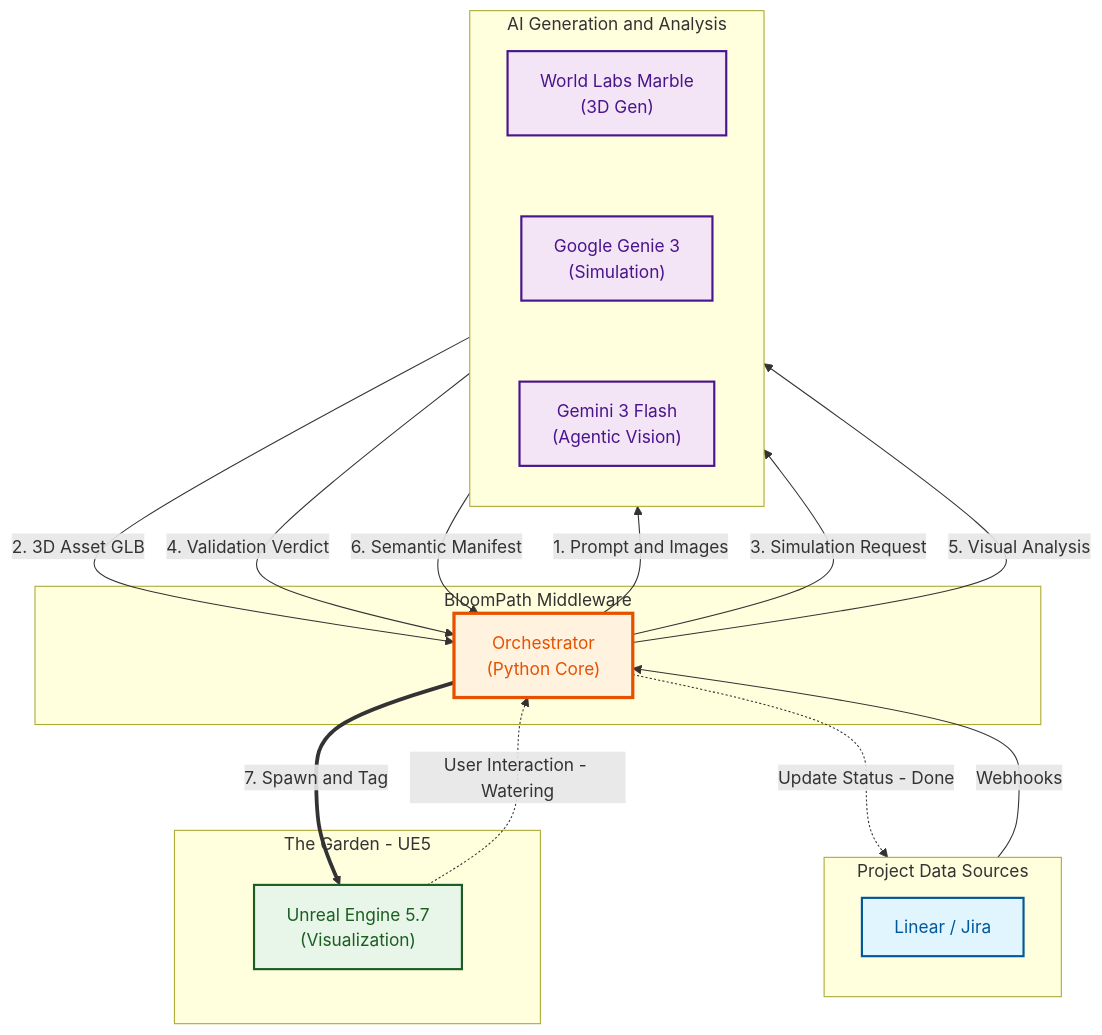
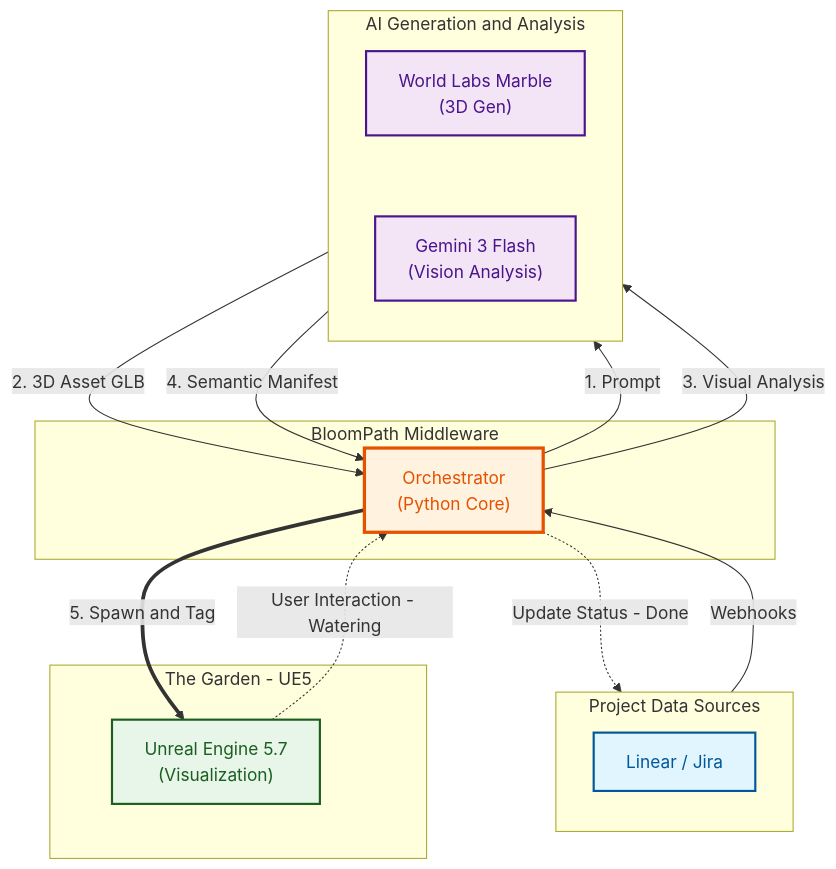
Before and after one commit to petripaananen/BloomPath: the diagram in README.md, drawn with Mermaid. The commit also changed other lines of this file and 18 other files, not shown here.

Commit message:
Refactor: Remove Genie simulation layer, streamline PWM pipeline, and clean up dead code

````diff
--- a/README.md
+++ b/README.md
@@ -8,48 +8,45 @@
 ```mermaid
 flowchart TD
     %% Define Styles
     classDef source fill:#e1f5fe,stroke:#01579b,stroke-width:2px,color:#01579b
     classDef middleware fill:#fff3e0,stroke:#e65100,stroke-width:3px,color:#e65100
     classDef ai fill:#f3e5f5,stroke:#4a148c,stroke-width:2px,color:#4a148c
     classDef viz fill:#e8f5e9,stroke:#1b5e20,stroke-width:2px,color:#1b5e20
 
     subgraph DataSources [Project Data Sources]
         direction TB
         ProjectData["Linear / Jira"]:::source
     end
 
     subgraph Middleware [BloomPath Middleware]
         Orch["Orchestrator<br/>(Python Core)"]:::middleware
     end
 
     subgraph AI [AI Generation and Analysis]
         direction TB
         Marble["World Labs Marble<br/>(3D Gen)"]:::ai
-        Genie["Google Genie 3<br/>(Simulation)"]:::ai
-        Gemini["Gemini 3 Flash<br/>(Agentic Vision)"]:::ai
+        Gemini["Gemini 3 Flash<br/>(Vision Analysis)"]:::ai
         %% Force Vertical Stack
-        Marble ~~~ Genie ~~~ Gemini
+        Marble ~~~ Gemini
     end
 
     subgraph Viz [The Garden - UE5]
         UE5["Unreal Engine 5.7<br/>(Visualization)"]:::viz
     end
 
     %% Data Ingestion
     ProjectData -->|Webhooks| Orch
 
     %% Orchestrator Loop
-    Orch -->|1. Prompt and Images| Marble
+    Orch -->|1. Prompt| Marble
     Marble -->|2. 3D Asset GLB| Orch
-    Orch -->|3. Simulation Request| Genie
-    Genie -->|4. Validation Verdict| Orch
-    Orch -->|5. Visual Analysis| Gemini
-    Gemini -->|6. Semantic Manifest| Orch
+    Orch -->|3. Visual Analysis| Gemini
+    Gemini -->|4. Semantic Manifest| Orch
 
     %% Visualization
-    Orch ==>|7. Spawn and Tag| UE5
+    Orch ==>|5. Spawn and Tag| UE5
     
     %% Bidirectional Feedback Loop
     UE5 -.->|User Interaction - Watering| Orch
     Orch -.->|Update Status - Done| ProjectData
 ```
````
